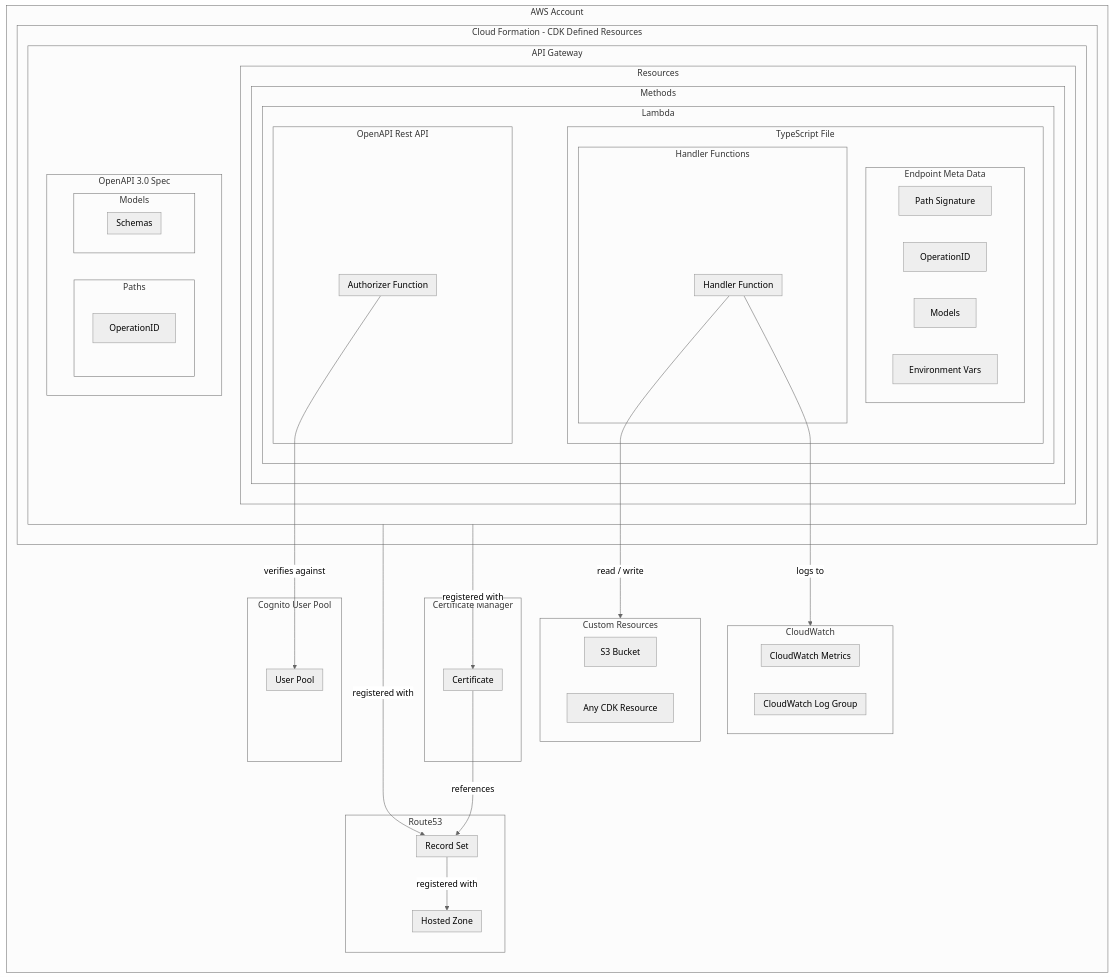
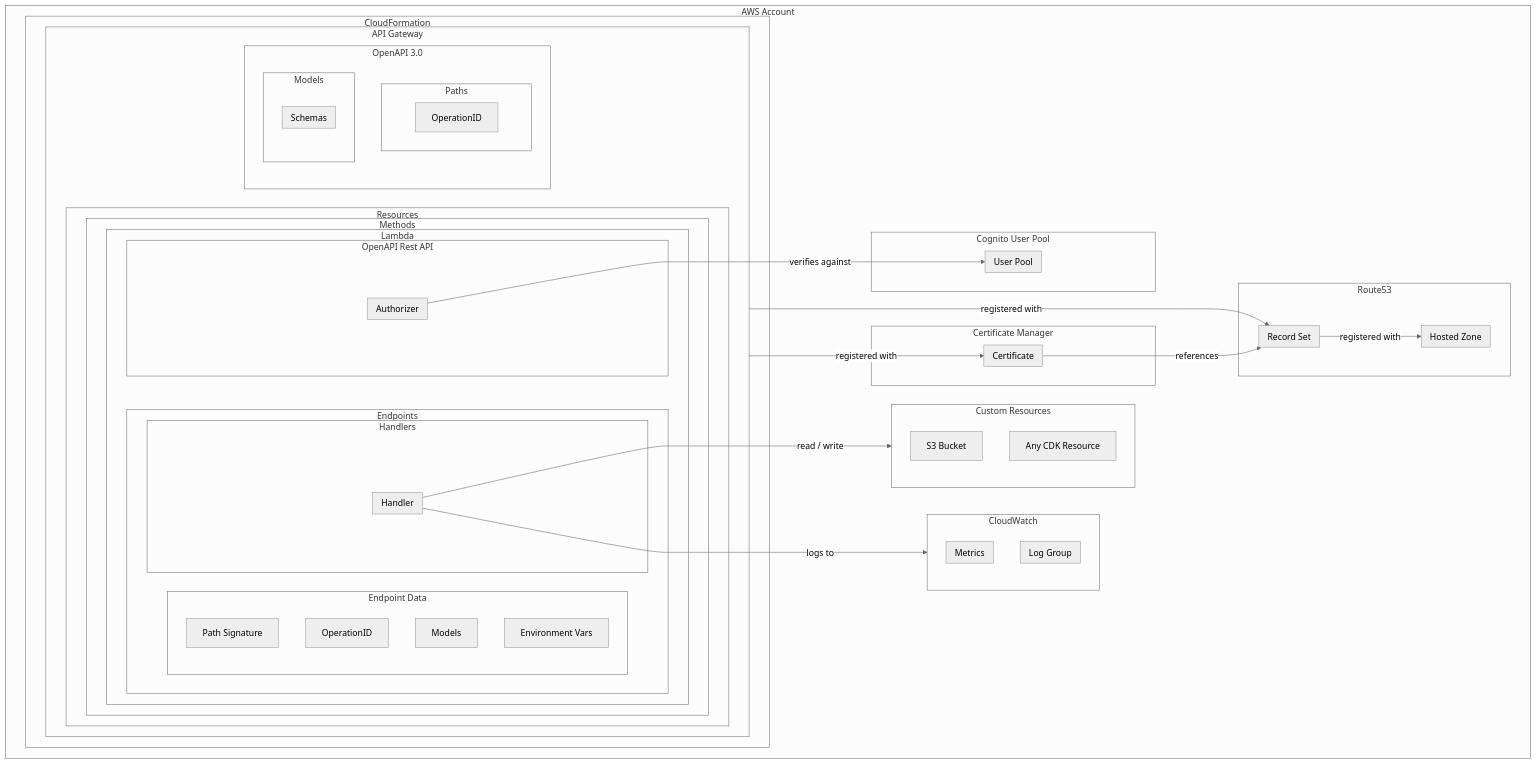
Before and after one commit to connected-web/openapi-rest-api: the diagram in README.md, drawn with Mermaid (neutral theme). The commit also changed other lines of this file, not shown here.

````diff
--- a/README.md
+++ b/README.md
@@ -36,75 +302,75 @@
 ```mermaid
-graph LR
+graph TD
     subgraph AWS[AWS Account]
-        subgraph Cloud Formation[Cloud Formation - CDK Defined Resources]
+        subgraph CloudFormation[CloudFormation]
           subgraph APIGateway[API Gateway]
             subgraph Resources
                 subgraph Methods
                     Lambda
                 end
             end
-            subgraph OpenAPI[OpenAPI 3.0 Spec]
+            subgraph OpenAPI[OpenAPI 3.0]
                 subgraph Paths
                     OperationID
                 end
                 subgraph Models
                     subgraph Schemas
                     end
                 end
             end
           end
       end
       subgraph Lambda
-          subgraph Endpoints[TypeScript File]
-              subgraph HandlerFunctions[Handler Functions]
-                  subgraph HandlerFunction[Handler Function]
+          subgraph Endpoints[Endpoints]
+              subgraph HandlerFunctions[Handlers]
+                  subgraph HandlerFunction[Handler]
                   
                   end
               end
-              subgraph MetaData[Endpoint Meta Data]
+              subgraph MetaData[Endpoint Data]
                   MD_PathSignature[Path Signature]
                   MD_OperationID[OperationID]
                   MD_Models[Models]
                   MD_Environment[Environment Vars]
               end
           end
           subgraph OpenAPIRestAPI[OpenAPI Rest API]
-            subgraph Authorizer[Authorizer Function]
+            subgraph Authorizer[Authorizer]
             end
           end 
       end
       subgraph Route53[Route53]
           subgraph HostedZone[Hosted Zone]
           end
           subgraph RecordSet[Record Set]
           end
       end
       subgraph CertificateManager[Certificate Manager]
           subgraph Certificate[Certificate]
           end
       end
       subgraph CognitoUserPool[Cognito User Pool]
           subgraph UserPool[User Pool]
           end
       end
       subgraph SharedResources[Custom Resources]
         S3Bucket[S3 Bucket]
         AnyCDKResource[Any CDK Resource]
       end
       subgraph CloudWatch[CloudWatch]
-          subgraph CloudWatchLogGroup[CloudWatch Log Group]
+          subgraph CloudWatchLogGroup[Log Group]
           end
-          subgraph CloudWatchMetrics[CloudWatch Metrics]
+          subgraph CloudWatchMetrics[Metrics]
           end
       end
 
       HandlerFunction -- read / write --> SharedResources
       HandlerFunction -- logs to --> CloudWatch
 
       APIGateway -- registered with --> RecordSet
       RecordSet -- registered with --> HostedZone
       APIGateway -- registered with --> Certificate
       Certificate -- references --> RecordSet
       Authorizer -- verifies against --> UserPool
     end
 ```
````
